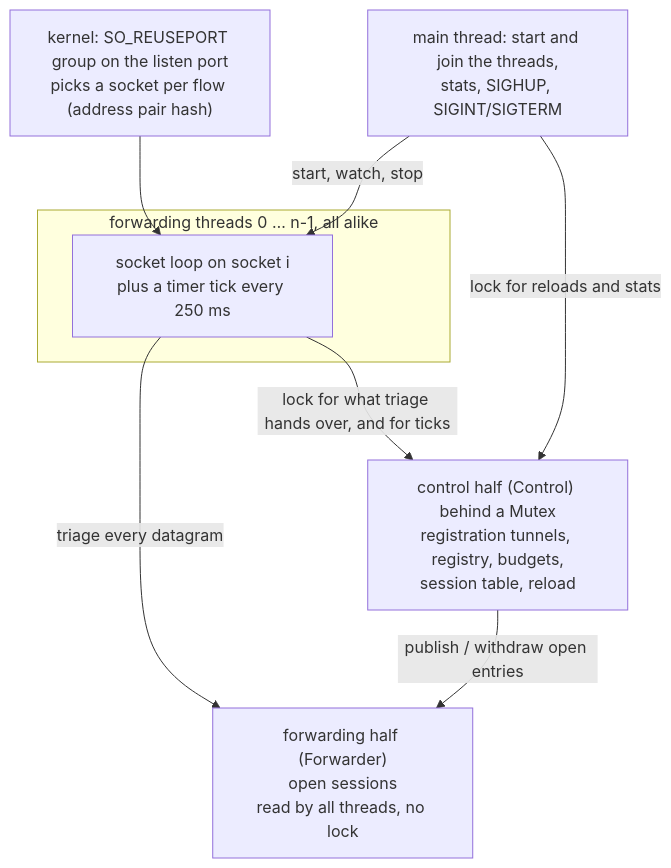
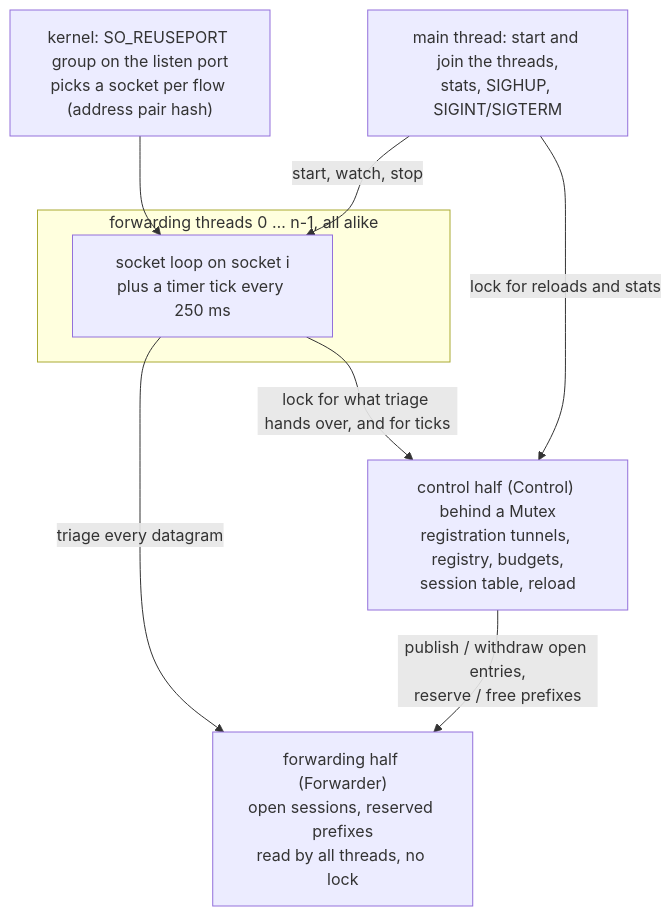
Before and after one commit to 3alpha/wg-relay: the eighth of 23 diagrams in docs/how-it-works.md, drawn with Mermaid. The commit also changed other lines of this file and 10 other files, not shown here.

````diff
--- a/docs/how-it-works.md
+++ b/docs/how-it-works.md
@@ -324,16 +324,16 @@
 ```mermaid
 flowchart TB
     K["kernel: SO_REUSEPORT group on the listen port<br/>picks a socket per flow (address pair hash)"]
     subgraph threads["forwarding threads 0 … n-1, all alike"]
         L["socket loop on socket i<br/>plus a timer tick every 250 ms"]
     end
     M["main thread: start and join the threads,<br/>stats, SIGHUP, SIGINT/SIGTERM"]
-    F["forwarding half (Forwarder)<br/>open sessions<br/>read by all threads, no lock"]
+    F["forwarding half (Forwarder)<br/>open sessions, reserved prefixes<br/>read by all threads, no lock"]
     C["control half (Control) behind a Mutex<br/>registration tunnels, registry, budgets,<br/>session table, reload"]
     K --> L
     L -- "triage every datagram" --> F
     L -- "lock for what triage hands over, and for ticks" --> C
     M -- "lock for reloads and stats" --> C
     M -- "start, watch, stop" --> L
-    C -- "publish / withdraw open entries" --> F
+    C -- "publish / withdraw open entries,<br/>reserve / free prefixes" --> F
 ```
````
